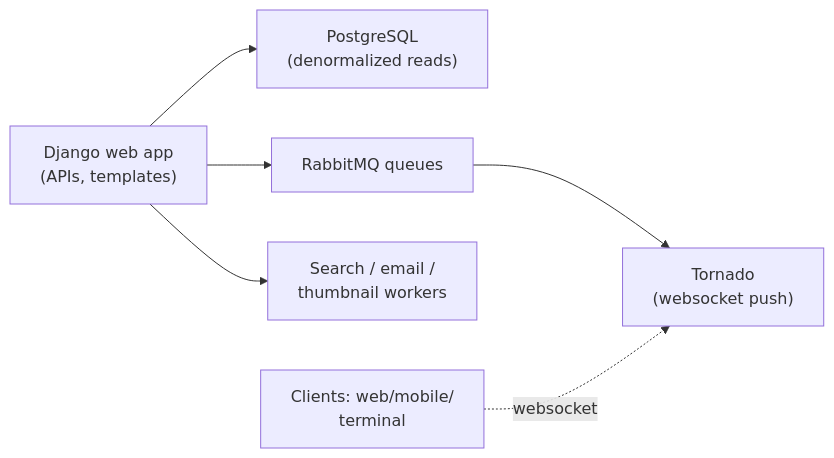
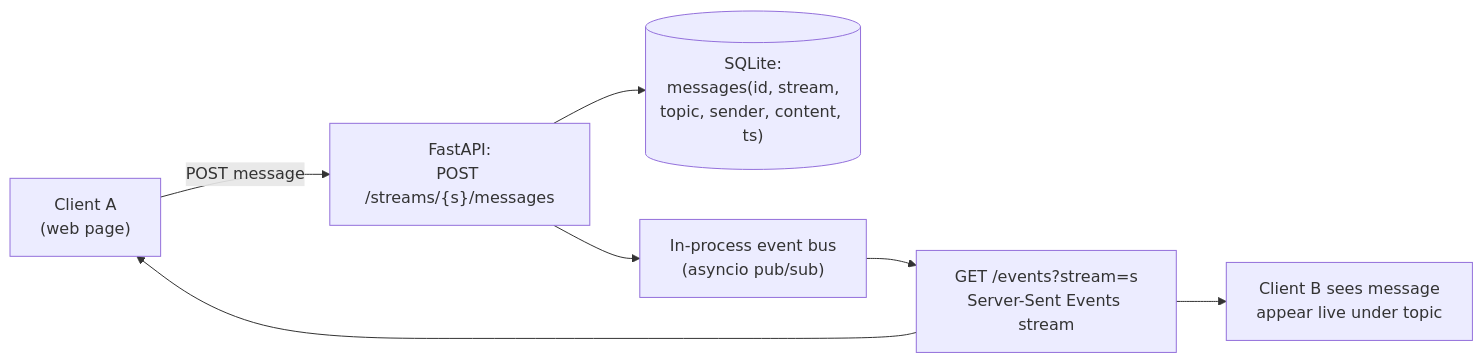
One commit to Anirudh-2810/Second-Brain changed the diagram in wiki/modules/case-studies/cs-zulip.md. Above: the diagram before and after it, drawn with Mermaid. The commit also changed other lines of this file and 12 other files, not shown here.

````diff
--- a/wiki/modules/case-studies/cs-zulip.md
+++ b/wiki/modules/case-studies/cs-zulip.md
@@ -22,7 +50,8 @@
 ```mermaid
 flowchart LR
-    W["Django web app<br/>(APIs, templates)"] --> P["PostgreSQL<br/>(denormalized reads)"]
-    W --> Q["RabbitMQ queues"] --> W2["Tornado<br/>(websocket push)"]
-    W --> S["Search / email /<br/>thumbnail workers"]
-    C["Clients: web/mobile/<br/>terminal"] -.websocket.-> W2
+    C1["Client A<br/>(web page)"] -->|POST message| API["FastAPI:<br/>POST /streams/{s}/messages"]
+    API --> DB[("SQLite:<br/>messages(id, stream,<br/>topic, sender, content, ts)")]
+    API --> BUS["In-process event bus<br/>(asyncio pub/sub)"]
+    BUS --> SSE["GET /events?stream=s<br/>Server-Sent Events stream"]
+    SSE --> C1 & C2["Client B sees message<br/>appear live under topic"]
 ```
````
